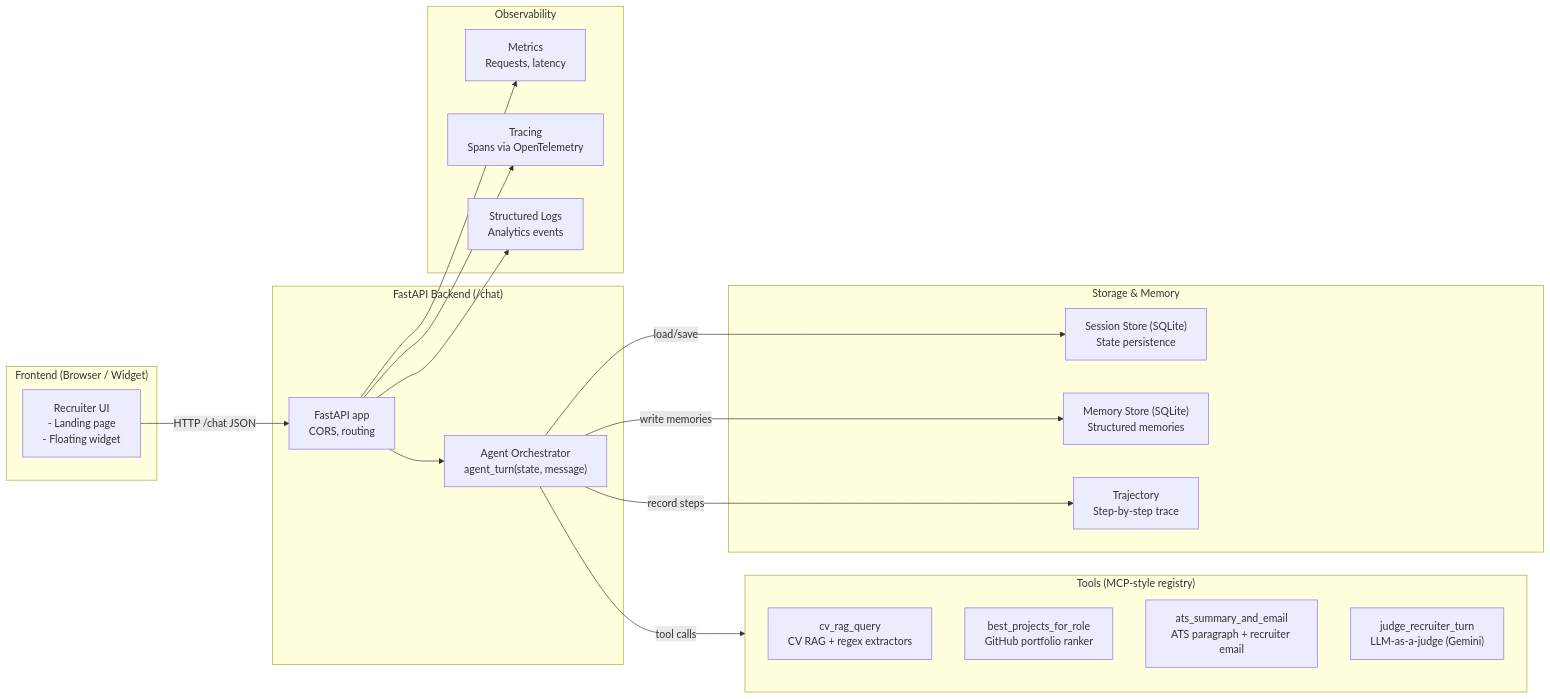
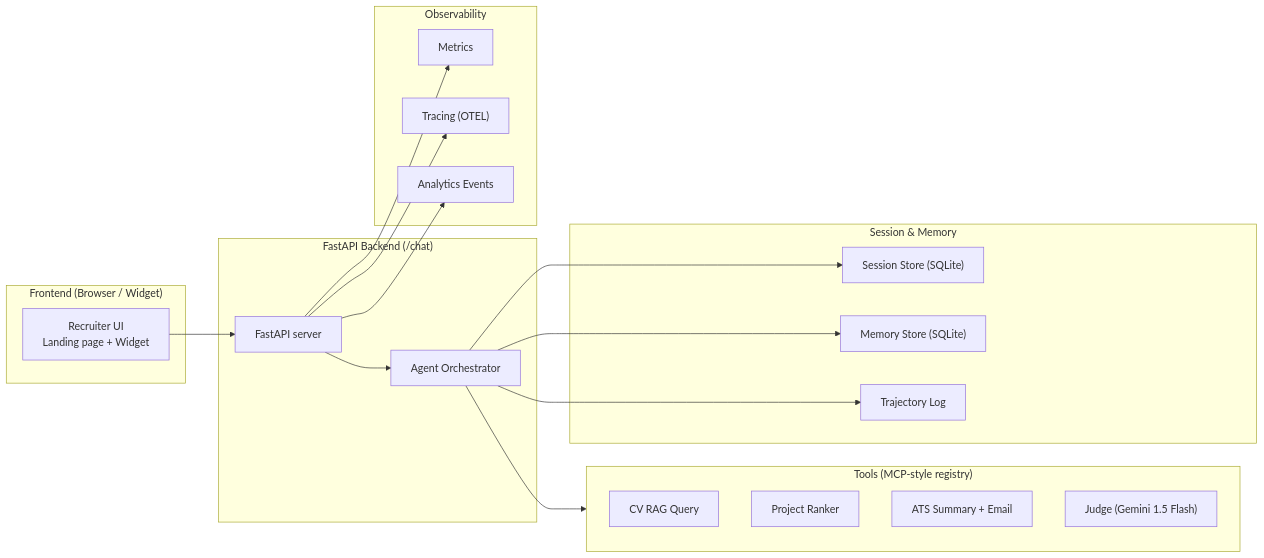
The first of 3 diagrams in README.md (sergiu123456789/recruiter-agent), drawn with Mermaid before and after one commit. The commit also changed other lines of this file, not shown here.

````diff
--- a/README.md
+++ b/README.md
@@ -161,41 +133,39 @@
 ```mermaid
 flowchart LR
     subgraph Client["Frontend (Browser / Widget)"]
-        UI["Recruiter UI<br/>- Landing page<br/>- Floating widget"]
+        UI["Recruiter UI<br/>Landing page + Widget"]
     end
 
     subgraph API["FastAPI Backend (/chat)"]
-        SRV["FastAPI app<br/>CORS, routing"]
-        AGENT["Agent Orchestrator<br/>agent_turn(state, message)"]
+        SRV["FastAPI server"]
+        AGENT["Agent Orchestrator"]
     end
 
     subgraph TOOLS["Tools (MCP-style registry)"]
-        CVRAG["cv_rag_query<br/>CV RAG + regex extractors"]
-        PROJ["best_projects_for_role<br/>GitHub portfolio ranker"]
-        ATS["ats_summary_and_email<br/>ATS paragraph + recruiter email"]
-        JUDGE["judge_recruiter_turn<br/>LLM-as-a-judge (Gemini)"]
+        CVRAG["CV RAG Query"]
+        PROJ["Project Ranker"]
+        ATS["ATS Summary + Email"]
+        JUDGE["Judge (Gemini 1.5 Flash)"]
     end
 
-    subgraph DATA["Storage & Memory"]
-        SESS["Session Store (SQLite)<br/>State persistence"]
-        MEM["Memory Store (SQLite)<br/>Structured memories"]
-        TRAJ["Trajectory<br/>Step-by-step trace"]
+    subgraph DATA["Session & Memory"]
+        SESS["Session Store (SQLite)"]
+        MEM["Memory Store (SQLite)"]
+        TRAJ["Trajectory Log"]
     end
 
     subgraph OBS["Observability"]
-        METRICS["Metrics<br/>Requests, latency"]
-        TRACES["Tracing<br/>Spans via OpenTelemetry"]
-        LOGS["Structured Logs<br/>Analytics events"]
+        METRICS["Metrics"]
+        TRACES["Tracing (OTEL)"]
+        LOGS["Analytics Events"]
     end
 
-    UI -->|"HTTP /chat JSON"| SRV --> AGENT
-
-    AGENT -->|"tool calls"| TOOLS
-    AGENT -->|"load/save"| SESS
-    AGENT -->|"write memories"| MEM
-    AGENT -->|"record steps"| TRAJ
-
+    UI --> SRV --> AGENT
+    AGENT --> TOOLS
+    AGENT --> SESS
+    AGENT --> MEM
+    AGENT --> TRAJ
     SRV --> METRICS
     SRV --> TRACES
     SRV --> LOGS
 ```
````
